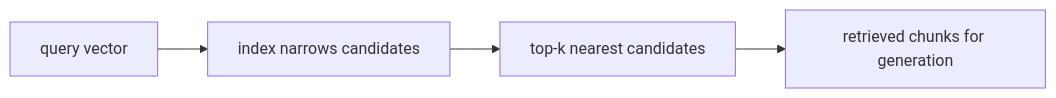
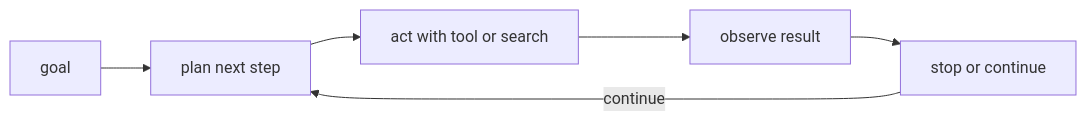
The diagram in docs/parts/part-05/chapter-13/section-02.md (devchan64/AiBook), drawn with Mermaid before and after one commit. The commit also changed other lines of this file and 47 other files, not shown here.

````diff
--- a/docs/parts/part-05/chapter-13/section-02.md
+++ b/docs/parts/part-05/chapter-13/section-02.md
@@ -99,9 +128,11 @@
 ```mermaid
 flowchart LR
-  A["query vector"]
-  B["index narrows candidates"]
-  C["top-k nearest candidates"]
-  D["retrieved chunks for generation"]
+  A["goal"]
+  B["plan next step"]
+  C["act with tool or search"]
+  D["observe result"]
+  E["stop or continue"]
 
-  A --> B --> C --> D
+  A --> B --> C --> D --> E
+  E -->|continue| B
 ```
````
